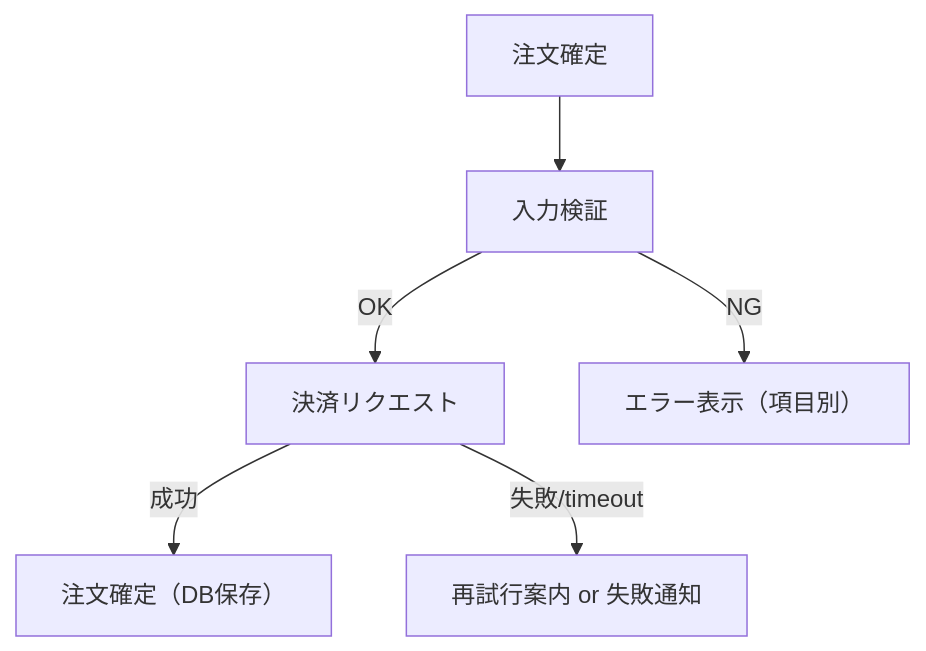
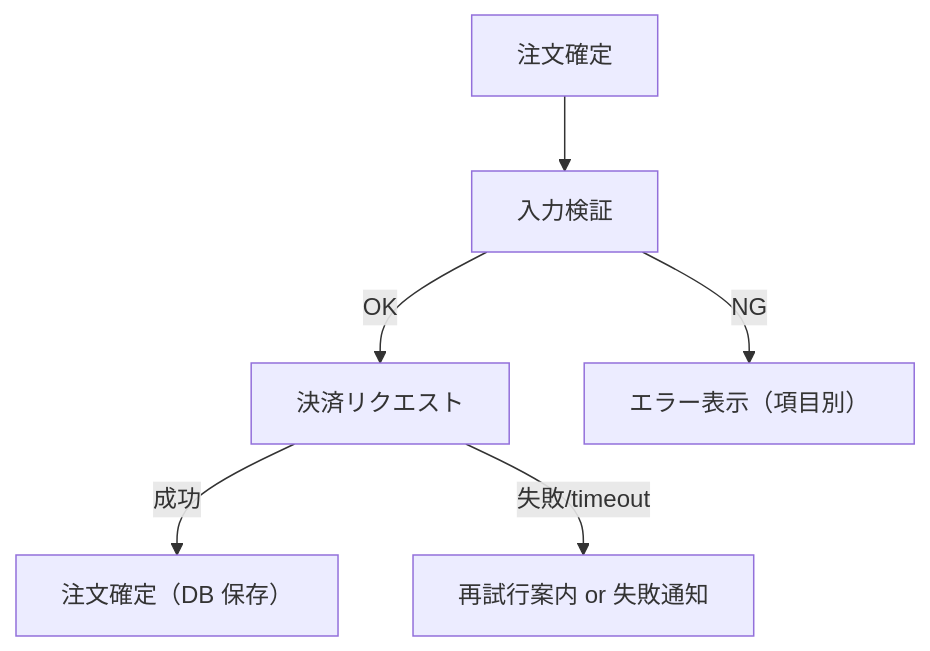
One commit to itdojp/engineering-documentation-book changed the second of 3 diagrams in docs/chapters/chapter-05/index.md. Above: the diagram before and after it, drawn with Mermaid. The commit also changed other lines of this file and 32 other files, not shown here.

````diff
--- a/docs/chapters/chapter-05/index.md
+++ b/docs/chapters/chapter-05/index.md
@@ -77,8 +77,8 @@
 ```mermaid
 flowchart TD
   A[注文確定] --> B[入力検証]
   B -->|OK| C[決済リクエスト]
   B -->|NG| E[エラー表示（項目別）]
-  C -->|成功| D[注文確定（DB保存）]
+  C -->|成功| D[注文確定（DB 保存）]
   C -->|失敗/timeout| F[再試行案内 or 失敗通知]
 ```
````
